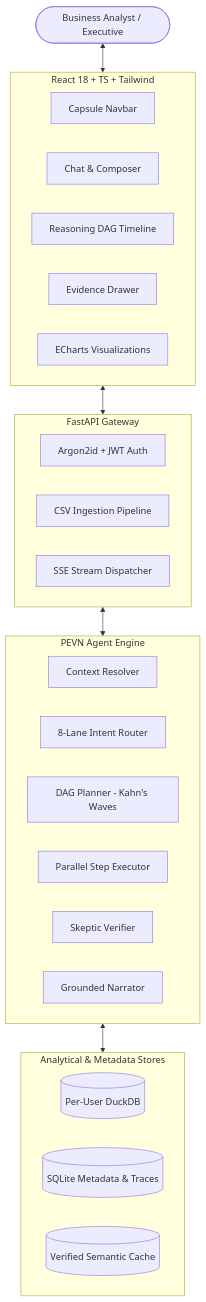
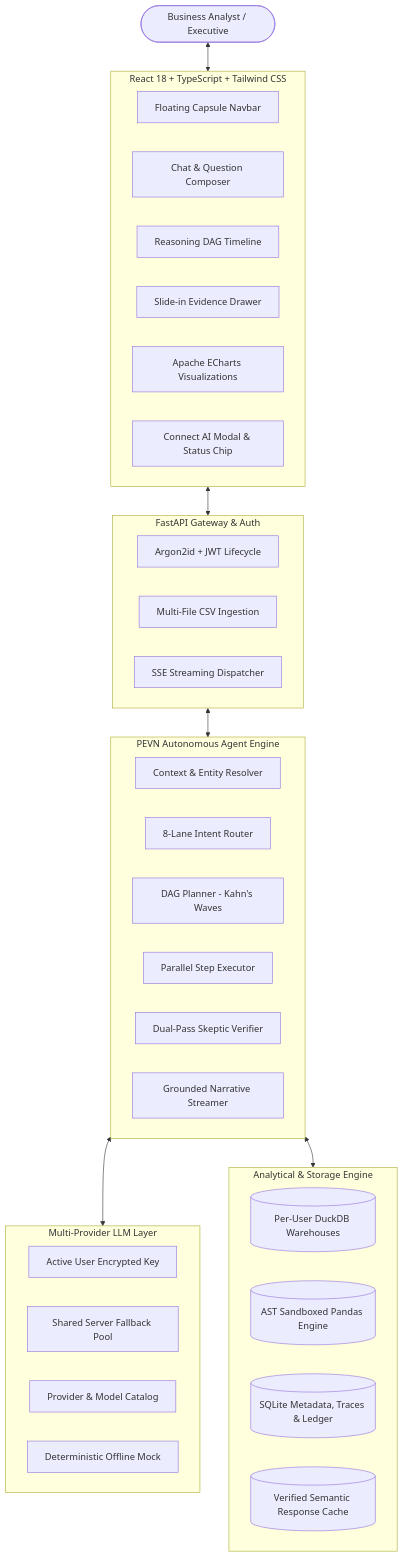
Before and after one commit to vijaykasthurik/INTERN-DBO-SDE-VIJAY-KASTHURI: the diagram in README.md, drawn with Mermaid. The commit also changed other lines of this file and 23 other files, not shown here.

````diff
--- a/README.md
+++ b/README.md
@@ -69,38 +100,48 @@
 ```mermaid
 flowchart TD
     User([Business Analyst / Executive])
     
-    subgraph Frontend [React 18 + TS + Tailwind]
-        Nav[Capsule Navbar]
-        Chat[Chat & Composer]
+    subgraph Frontend [React 18 + TypeScript + Tailwind CSS]
+        Nav[Floating Capsule Navbar]
+        Chat[Chat & Question Composer]
         Timeline[Reasoning DAG Timeline]
-        Evidence[Evidence Drawer]
-        Charts[ECharts Visualizations]
+        Evidence[Slide-in Evidence Drawer]
+        Charts[Apache ECharts Visualizations]
+        BYOKModal[Connect AI Modal & Status Chip]
     end
 
-    subgraph BackendGateway [FastAPI Gateway]
-        Auth[Argon2id + JWT Auth]
-        Ingest[CSV Ingestion Pipeline]
-        SSE[SSE Stream Dispatcher]
+    subgraph Gateway [FastAPI Gateway & Auth]
+        Auth[Argon2id + JWT Lifecycle]
+        Upload[Multi-File CSV Ingestion]
+        SSEStream[SSE Streaming Dispatcher]
     end
 
-    subgraph PEVN_Pipeline [PEVN Agent Engine]
-        Resolver[Context Resolver]
+    subgraph Agent [PEVN Autonomous Agent Engine]
+        Context[Context & Entity Resolver]
         Router[8-Lane Intent Router]
         Planner[DAG Planner - Kahn's Waves]
         Executor[Parallel Step Executor]
-        Verifier[Skeptic Verifier]
-        Narrator[Grounded Narrator]
+        Verifier[Dual-Pass Skeptic Verifier]
+        Narrator[Grounded Narrative Streamer]
     end
 
-    subgraph Storage [Analytical & Metadata Stores]
-        DuckDB[(Per-User DuckDB)]
-        SQLite[(SQLite Metadata & Traces)]
-        Cache[(Verified Semantic Cache)]
+    subgraph LLMLayer [Multi-Provider LLM Layer]
+        BYOK[Active User Encrypted Key]
+        Pool[Shared Server Fallback Pool]
+        Catalog[Provider & Model Catalog]
+        Mock[Deterministic Offline Mock]
+    end
+
+    subgraph Storage [Analytical & Storage Engine]
+        DuckDB[(Per-User DuckDB Warehouses)]
+        Pandas[(AST Sandboxed Pandas Engine)]
+        SQLite[(SQLite Metadata, Traces & Ledger)]
+        Cache[(Verified Semantic Response Cache)]
     end
 
     User <--> Frontend
-    Frontend <--> BackendGateway
-    BackendGateway <--> PEVN_Pipeline
-    PEVN_Pipeline <--> Storage
+    Frontend <--> Gateway
+    Gateway <--> Agent
+    Agent <--> LLMLayer
+    Agent <--> Storage
 ```
````
